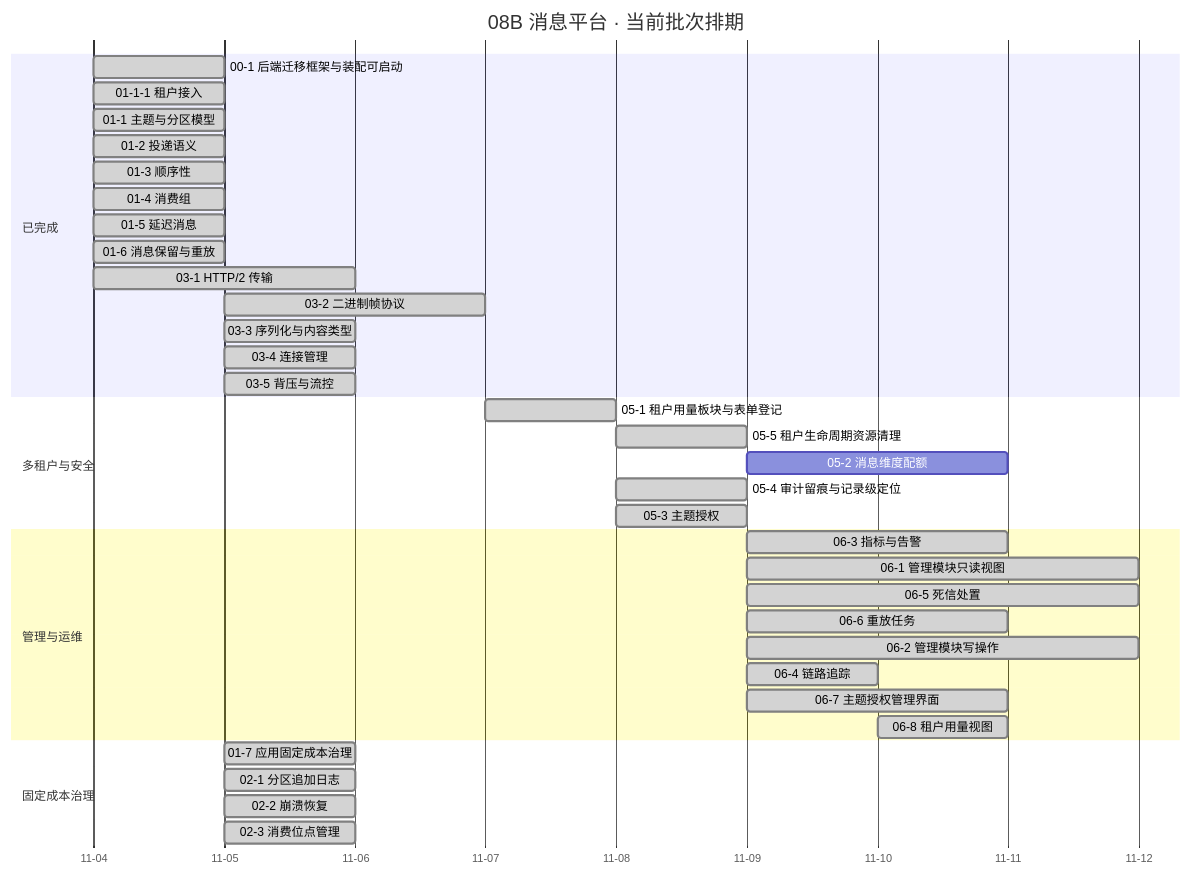
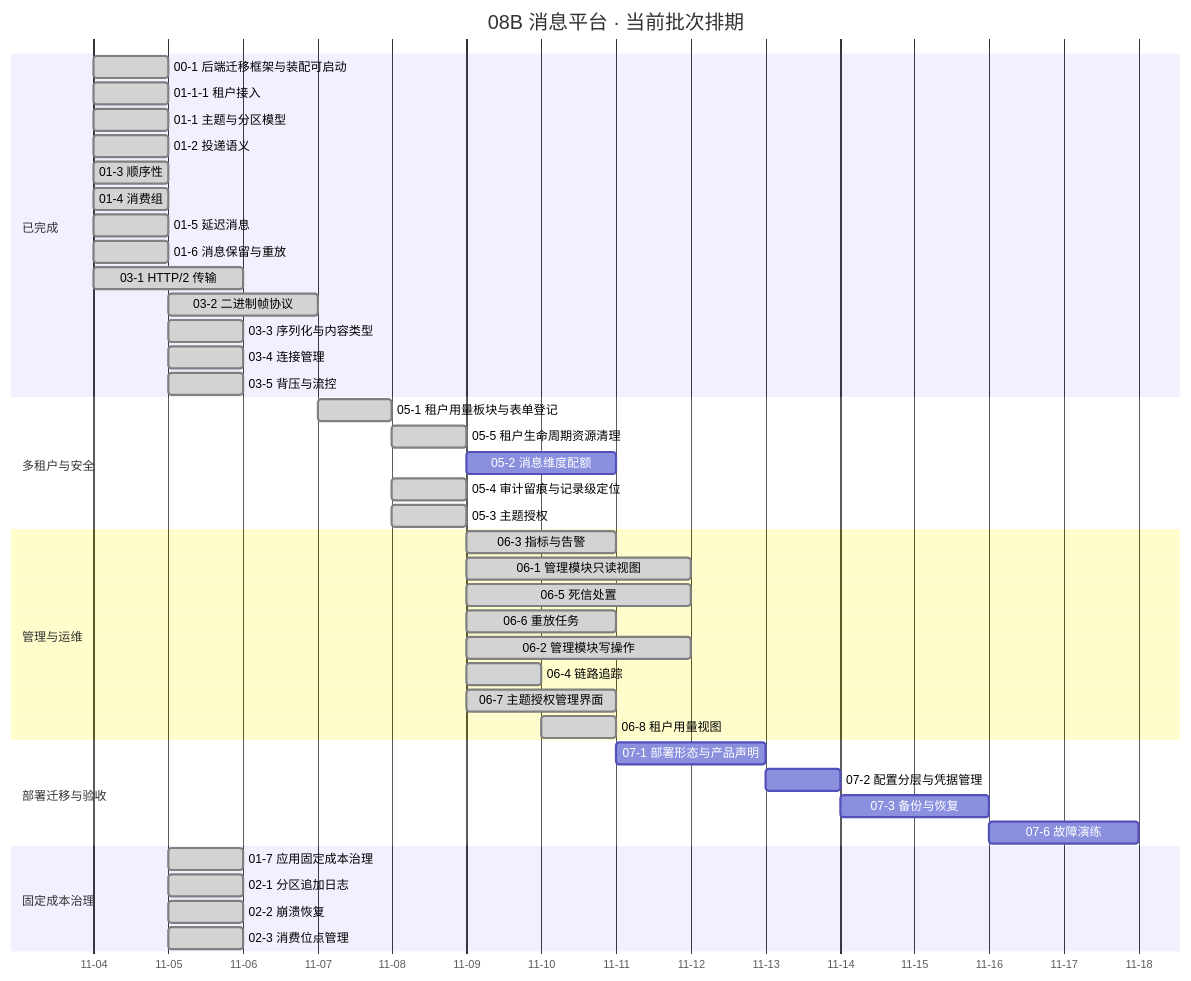
Before and after one commit to minjian123/message-platform: the diagram in msg文档/项目/08B_消息平台/计划/01_计划_消息平台.md, drawn with Mermaid. The commit also changed other lines of this file and 18 other files, not shown here.

````diff
--- a/msg文档/项目/08B_消息平台/计划/01_计划_消息平台.md
+++ b/msg文档/项目/08B_消息平台/计划/01_计划_消息平台.md
@@ -103,41 +111,46 @@
 ```mermaid
 gantt
     title 08B 消息平台 · 当前批次排期
-    %% 任务域 02：02-7 已交付（2026-11-05）、02-4/02-5 搁置（待 8B_05）；任务域 04：04-1 ~ 04-7 全部已交付不入甘特；任务域 06：06-1 ~ 06-8 全部已交付（2026-11-09 ~ 11-10），不再留在待排区间
+    %% 任务域 02：02-7 已交付（2026-11-05）、02-4/02-5 搁置（待 8B_05）；任务域 04：04-1 ~ 04-7 全部已交付不入甘特；任务域 06：06-1 ~ 06-8 全部已交付（2026-11-09 ~ 11-10），不再留在待排区间；任务域 07：07-1/2/3/6 入甘特，07-4（待 8B_05）与 07-7（待 8B_08/8B_09）搁置不入甘特
     dateFormat YYYY-MM-DD
     axisFormat %m-%d
     section 已完成
     00-1 后端迁移框架与装配可启动 :done, d001, 2026-11-04, 1d
     01-1-1 租户接入 :done, d0111, 2026-11-04, 1d
     01-1 主题与分区模型 :done, t011, 2026-11-04, 1d
     01-2 投递语义 :done, t012, 2026-11-04, 1d
     01-3 顺序性 :done, t013, 2026-11-04, 1d
     01-4 消费组 :done, t014, 2026-11-04, 1d
     01-5 延迟消息 :done, t015, 2026-11-04, 1d
     01-6 消息保留与重放 :done, t016, 2026-11-04, 1d
     03-1 HTTP/2 传输 :done, t031, 2026-11-04, 2d
     03-2 二进制帧协议 :done, t032, 2026-11-05, 2d
     03-3 序列化与内容类型 :done, t033, 2026-11-05, 1d
     03-4 连接管理 :done, t034, 2026-11-05, 1d
     03-5 背压与流控 :done, t035, 2026-11-05, 1d
     section 多租户与安全
     05-1 租户用量板块与表单登记 :done, t051, 2026-11-07, 1d
     05-5 租户生命周期资源清理 :done, t055, 2026-11-08, 1d
     05-2 消息维度配额 :t052, after t055, 2d
     05-4 审计留痕与记录级定位 :done, t054, 2026-11-08, 1d
     05-3 主题授权 :done, t053, 2026-11-08, 1d
     section 管理与运维
     06-3 指标与告警 :done, t063, 2026-11-09, 2d
     06-1 管理模块只读视图 :done, t061, 2026-11-09, 3d
     06-5 死信处置 :done, t065, 2026-11-09, 3d
     06-6 重放任务 :done, t066, 2026-11-09, 2d
     06-2 管理模块写操作 :done, t062, 2026-11-09, 3d
     06-4 链路追踪 :done, t064, 2026-11-09, 1d
     06-7 主题授权管理界面 :done, t067, 2026-11-09, 2d
     06-8 租户用量视图 :done, t068, 2026-11-10, 1d
+    section 部署迁移与验收
+    07-1 部署形态与产品声明 :t071, 2026-11-11, 2d
+    07-2 配置分层与凭据管理 :t072, 2026-11-13, 1d
+    07-3 备份与恢复 :t073, 2026-11-14, 2d
+    07-6 故障演练 :t076, 2026-11-16, 2d
     section 固定成本治理
     01-7 应用固定成本治理 :done, t017, 2026-11-05, 1d
     02-1 分区追加日志 :done, t021, 2026-11-05, 1d
     02-2 崩溃恢复 :done, t022, 2026-11-05, 1d
     02-3 消费位点管理 :done, t023, 2026-11-05, 1d
 ```
````
